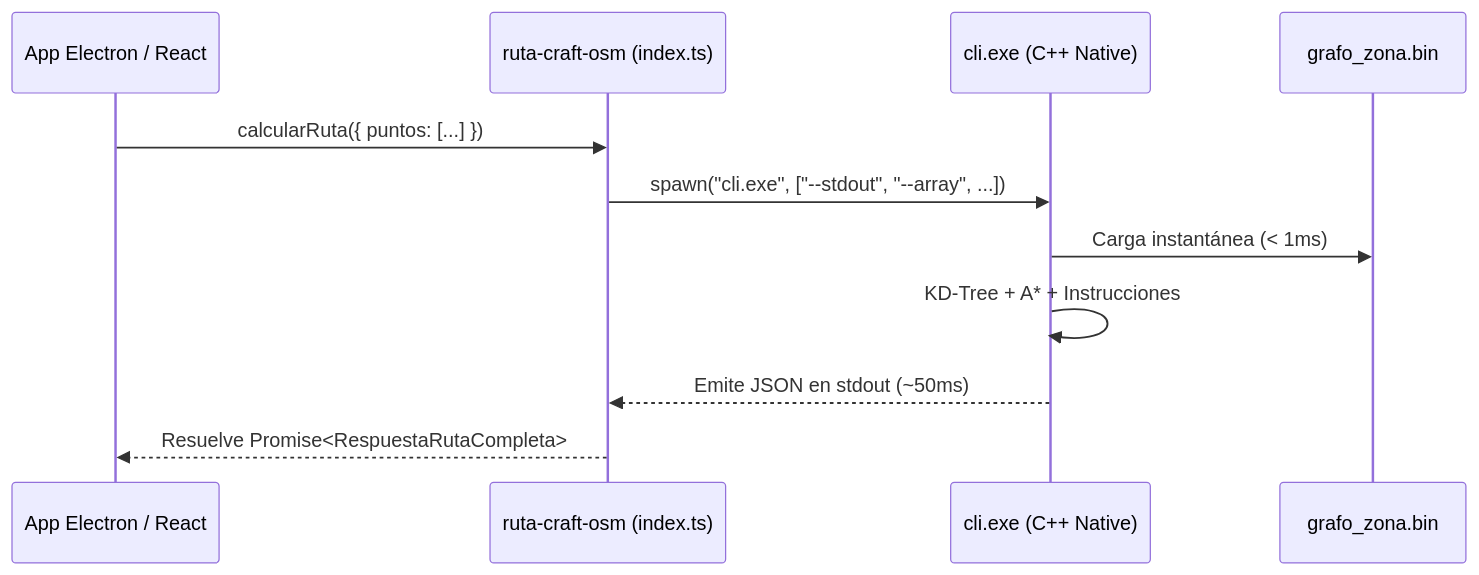
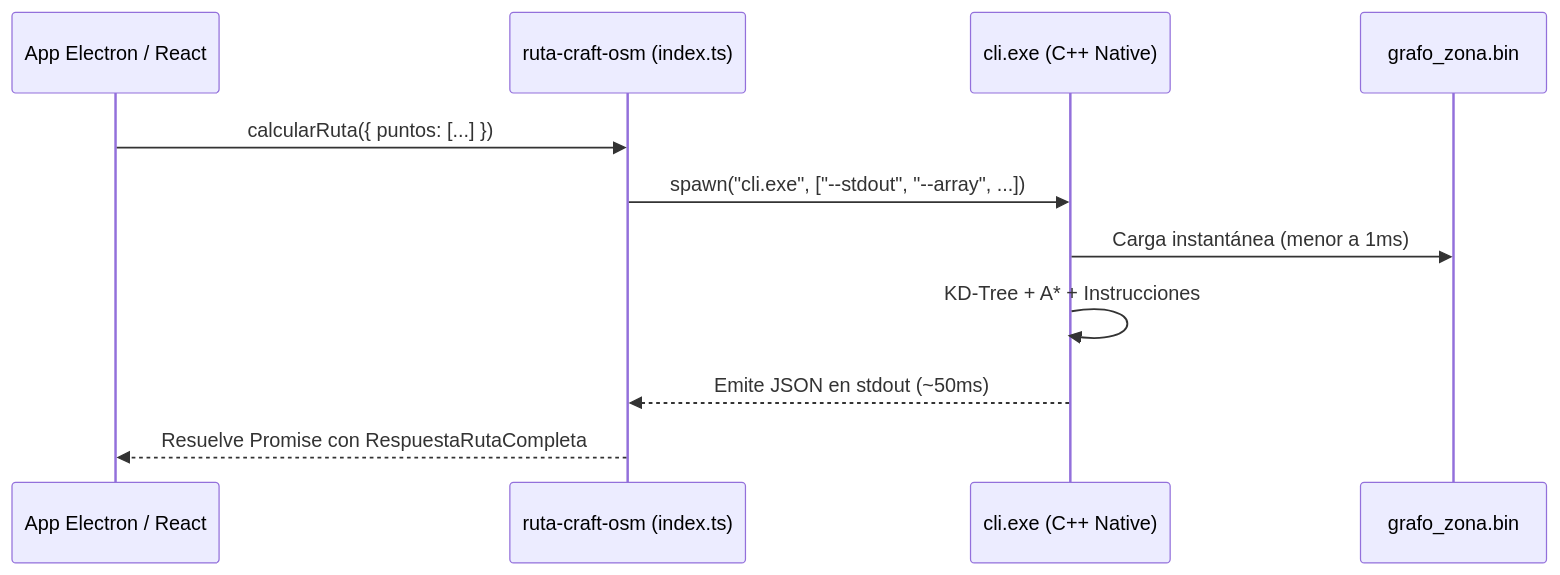
The diagram in docs/4_INTEGRACION_TYPESCRIPT_ELECTRON.md (Mahynlo/RutaCraftOSM), drawn with Mermaid before and after one commit. The commit also changed 2 other files, not shown here.

Commit message:
feat: mejorar documentación técnica y correcciones en el manejo de diagramas Mermaid

````diff
--- a/docs/4_INTEGRACION_TYPESCRIPT_ELECTRON.md
+++ b/docs/4_INTEGRACION_TYPESCRIPT_ELECTRON.md
@@ -11,14 +11,14 @@
 ```mermaid
 sequenceDiagram
     participant App as App Electron / React
     participant TS as ruta-craft-osm (index.ts)
     participant Cpp as cli.exe (C++ Native)
     participant Bin as grafo_zona.bin
 
     App->>TS: calcularRuta({ puntos: [...] })
     TS->>Cpp: spawn("cli.exe", ["--stdout", "--array", ...])
-    Cpp->>Bin: Carga instantánea (< 1ms)
+    Cpp->>Bin: Carga instantánea (menor a 1ms)
     Cpp->>Cpp: KD-Tree + A* + Instrucciones
     Cpp-->>TS: Emite JSON en stdout (~50ms)
-    TS-->>App: Resuelve Promise<RespuestaRutaCompleta>
+    TS-->>App: Resuelve Promise con RespuestaRutaCompleta
 ```
````
